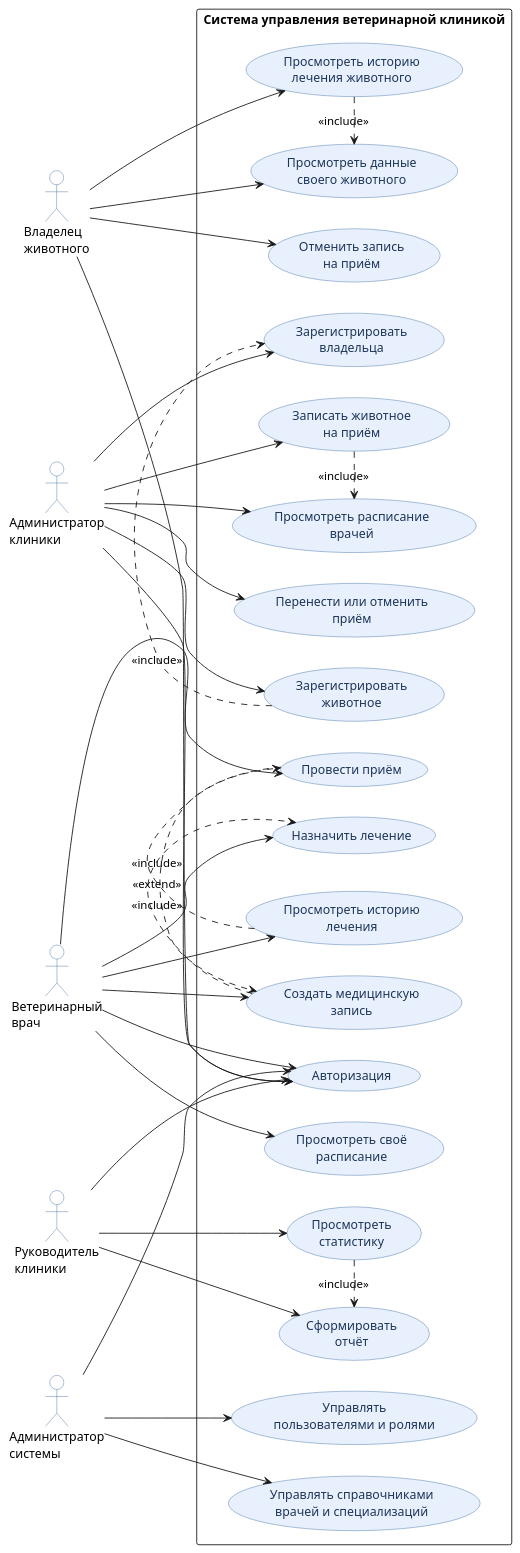
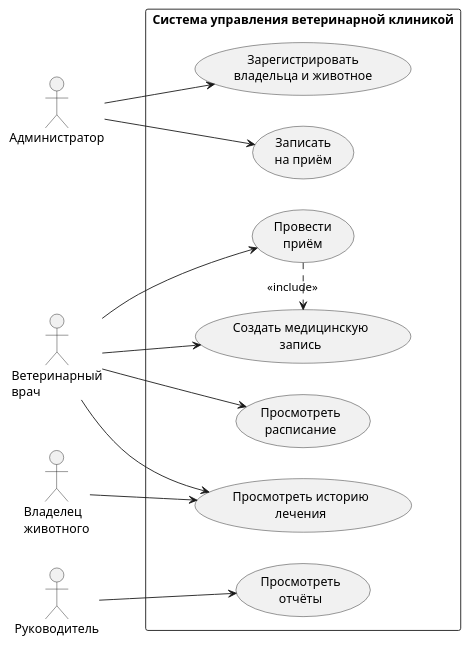
One commit to Skyflam60/ist-lab1- changed the diagram in diagrams/use-cases.puml. Above: the diagram before and after it, drawn with PlantUML.

```diff
--- a/diagrams/use-cases.puml
+++ b/diagrams/use-cases.puml
@@ -1,87 +1,34 @@
 @startuml
+
 left to right direction
 
-skinparam backgroundColor white
-skinparam shadowing false
-skinparam packageStyle rectangle
+actor "Владелец\nживотного" as Owner
+actor "Администратор" as Admin
+actor "Ветеринарный\nврач" as Doctor
+actor "Руководитель" as Manager
 
-skinparam usecase {
-    BackgroundColor #E8F0FE
-    BorderColor #3F6FA3
-    FontColor #1D3557
+rectangle "Система управления ветеринарной клиникой" {
+  usecase "Зарегистрировать\nвладельца и животное" as UC1
+  usecase "Записать\nна приём" as UC2
+  usecase "Просмотреть\nрасписание" as UC3
+  usecase "Провести\nприём" as UC4
+  usecase "Создать медицинскую\nзапись" as UC5
+  usecase "Просмотреть историю\nлечения" as UC6
+  usecase "Просмотреть\nотчёты" as UC7
 }
 
-skinparam actor {
-    BorderColor #3F6FA3
-    BackgroundColor white
-}
+Admin --> UC1
+Admin --> UC2
 
-actor "Владелец\nживотного" as Owner
-actor "Администратор\nклиники" as Admin
-actor "Ветеринарный\nврач" as Doctor
-actor "Руководитель\nклиники" as Manager
-actor "Администратор\nсистемы" as SysAdmin
+Doctor --> UC3
+Doctor --> UC4
+Doctor --> UC5
+Doctor --> UC6
 
-rectangle "Система управления ветеринарной клиникой" {
+Owner --> UC6
 
-    usecase "Авторизация" as UCAuth
+Manager --> UC7
 
-    usecase "Просмотреть данные\nсвоего животного" as UCViewPet
-    usecase "Просмотреть историю\nлечения животного" as UCHistory
-    usecase "Отменить запись\nна приём" as UCCancelOwner
+UC4 .> UC5 : <<include>>
 
-    usecase "Зарегистрировать\nвладельца" as UCRegisterOwner
-    usecase "Зарегистрировать\nживотное" as UCRegisterPet
-    usecase "Записать животное\nна приём" as UCBookVisit
-    usecase "Перенести или отменить\nприём" as UCChangeVisit
-    usecase "Просмотреть расписание\nврачей" as UCViewSchedule
-
-    usecase "Просмотреть своё\nрасписание" as UCMySchedule
-    usecase "Провести приём" as UCConductVisit
-    usecase "Создать медицинскую\nзапись" as UCCreateRecord
-    usecase "Назначить лечение" as UCPrescribeTreatment
-    usecase "Просмотреть историю\nлечения" as UCDoctorHistory
-
-    usecase "Сформировать\nотчёт" as UCGenerateReport
-    usecase "Просмотреть\nстатистику" as UCStatistics
-
-    usecase "Управлять\nпользователями и ролями" as UCManageUsers
-    usecase "Управлять справочниками\nврачей и специализаций" as UCManageDirectories
-}
-
-Owner --> UCAuth
-Owner --> UCViewPet
-Owner --> UCHistory
-Owner --> UCCancelOwner
-
-Admin --> UCAuth
-Admin --> UCRegisterOwner
-Admin --> UCRegisterPet
-Admin --> UCBookVisit
-Admin --> UCChangeVisit
-Admin --> UCViewSchedule
-
-Doctor --> UCAuth
-Doctor --> UCMySchedule
-Doctor --> UCConductVisit
-Doctor --> UCCreateRecord
-Doctor --> UCPrescribeTreatment
-Doctor --> UCDoctorHistory
-
-Manager --> UCAuth
-Manager --> UCGenerateReport
-Manager --> UCStatistics
-
-SysAdmin --> UCAuth
-SysAdmin --> UCManageUsers
-SysAdmin --> UCManageDirectories
-
-UCRegisterPet .> UCRegisterOwner : <<include>>
-UCBookVisit .> UCViewSchedule : <<include>>
-UCConductVisit .> UCCreateRecord : <<include>>
-UCCreateRecord .> UCPrescribeTreatment : <<include>>
-UCHistory .> UCViewPet : <<include>>
-UCDoctorHistory .> UCConductVisit : <<extend>>
-UCStatistics .> UCGenerateReport : <<include>>
-
-@enduml
+@endumlDoctor --> UCMySchedule
```
